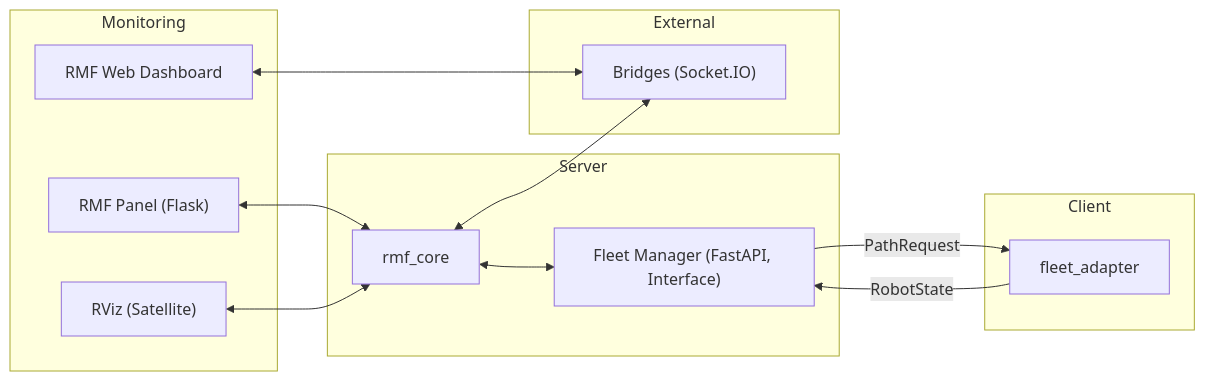
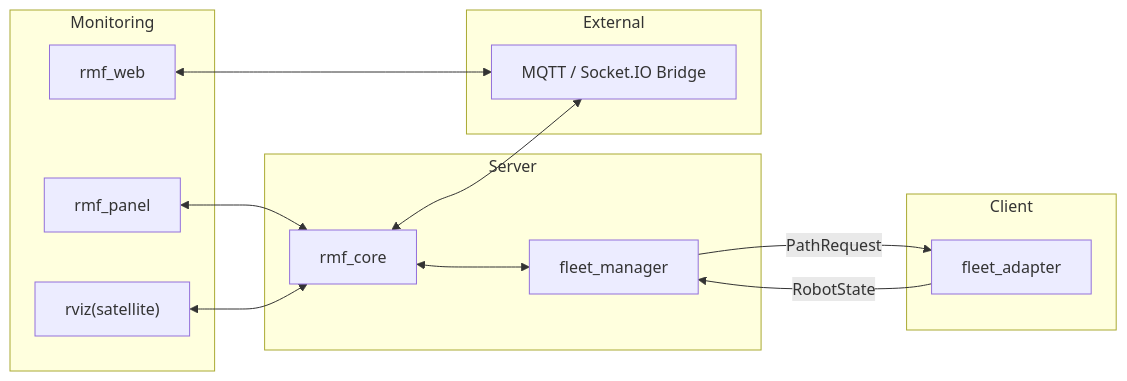
The diagram in README.md (DeveloperKSH/Open-RMF_Server), drawn with Mermaid before and after one commit. The commit also changed other lines of this file, not shown here.

Commit message:
md file update

````diff
--- a/README.md
+++ b/README.md
@@ -59,40 +57,40 @@
 ```mermaid
 flowchart LR
   %% ----- Server Core -----
   subgraph Core["Server"]
     rmfcore["rmf_core"]
-    fm["Fleet Manager (FastAPI, Interface)"]
+    fm["fleet_manager"]
   end
 
   %% ----- External (robot viewpoint) -----
   subgraph Ext["External"]
-    bridge["Bridges (Socket.IO)"]
+    bridge["MQTT / Socket.IO Bridge"]
   end
 
   %% ----- Monitoring -----
   subgraph Mon["Monitoring"]
-    dash["RMF Web Dashboard"]
-    panel["RMF Panel (Flask)"]
-    rviz["RViz (Satellite)"]
+    dash["rmf_web"]
+    panel["rmf_panel"]
+    rviz["rviz(satellite)"]
   end
 
   %% ----- Robot Clients -----
   subgraph Clients["Client"]
     adapter["fleet_adapter"]
   end
 
   %% Server internals
   rmfcore <--> fm
 
   %% Core ↔ External
   rmfcore <--> bridge
 
   %% Monitoring
   dash <--> bridge
   panel <--> rmfcore
   rviz <--> rmfcore
 
   %% Server ↔ Robot
   fm -- "PathRequest" --> adapter
   adapter -- "RobotState" --> fm
   ```
````
